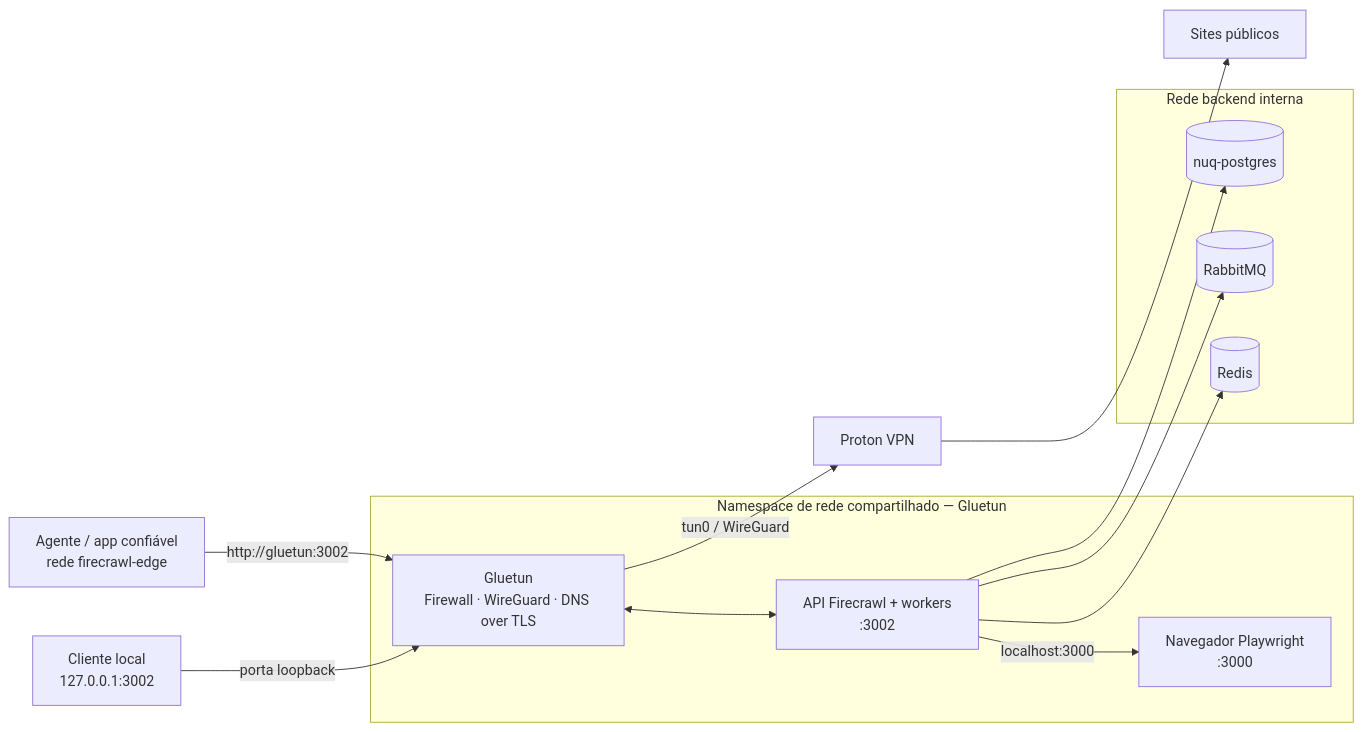
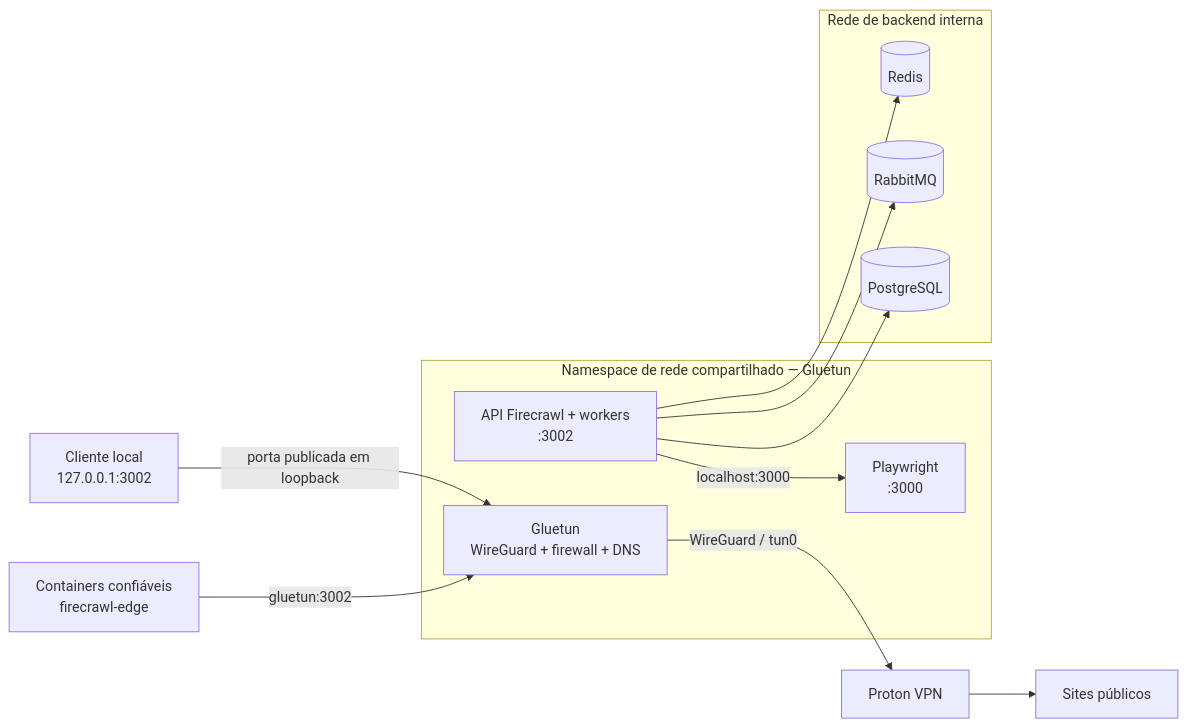
The diagram in README.pt-BR.md (beto-zip/web-scraping-firecrawl-vpn), drawn with Mermaid before and after one commit. The commit also changed other lines of this file and 1 other file, not shown here.

````diff
--- a/README.pt-BR.md
+++ b/README.pt-BR.md
@@ -36,27 +38,26 @@
 ```mermaid
 flowchart LR
-    LOCAL["Cliente local<br/>127.0.0.1:3002"]
-    AGENT["Agente / app confiável<br/>rede firecrawl-edge"]
+    HOST["Cliente local<br/>127.0.0.1:3002"]
+    AGENT["Containers confiáveis<br/>firecrawl-edge"]
 
-    subgraph NETNS["Namespace de rede compartilhado — Gluetun"]
-        GL["Gluetun<br/>Firewall · WireGuard · DNS over TLS"]
-        API["API Firecrawl + workers<br/>:3002"]
-        PW["Navegador Playwright<br/>:3000"]
-        GL <--> API
-        API -->|"localhost:3000"| PW
+    subgraph SHARED["Namespace de rede compartilhado — Gluetun"]
+        GL["Gluetun<br/>WireGuard + firewall + DNS"]
+        FC["API Firecrawl + workers<br/>:3002"]
+        PW["Playwright<br/>:3000"]
+        FC -->|"localhost:3000"| PW
     end
 
-    subgraph BACKEND["Rede backend interna"]
+    subgraph PRIVATE["Rede de backend interna"]
         REDIS[("Redis")]
-        MQ[("RabbitMQ")]
-        DB[("nuq-postgres")]
+        QUEUE[("RabbitMQ")]
+        PG[("PostgreSQL")]
     end
 
-    LOCAL -->|"porta loopback"| GL
-    AGENT -->|"http://gluetun:3002"| GL
-    API --> REDIS
-    API --> MQ
-    API --> DB
-    GL -->|"tun0 / WireGuard"| PROTON["Proton VPN"]
-    PROTON --> WEB["Sites públicos"]
+    HOST -->|"porta publicada em loopback"| GL
+    AGENT -->|"gluetun:3002"| GL
+    FC --> REDIS
+    FC --> QUEUE
+    FC --> PG
+    GL -->|"WireGuard / tun0"| VPN["Proton VPN"]
+    VPN --> WEB["Sites públicos"]
 ```
````
